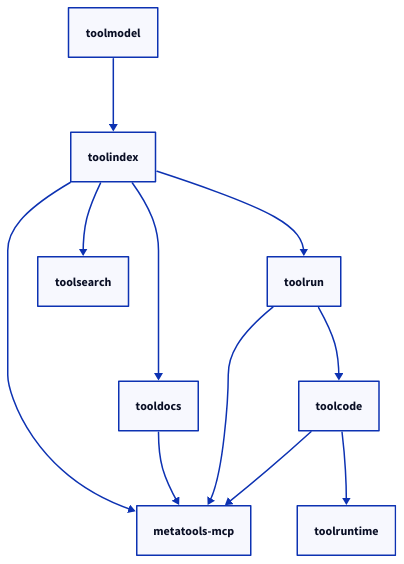
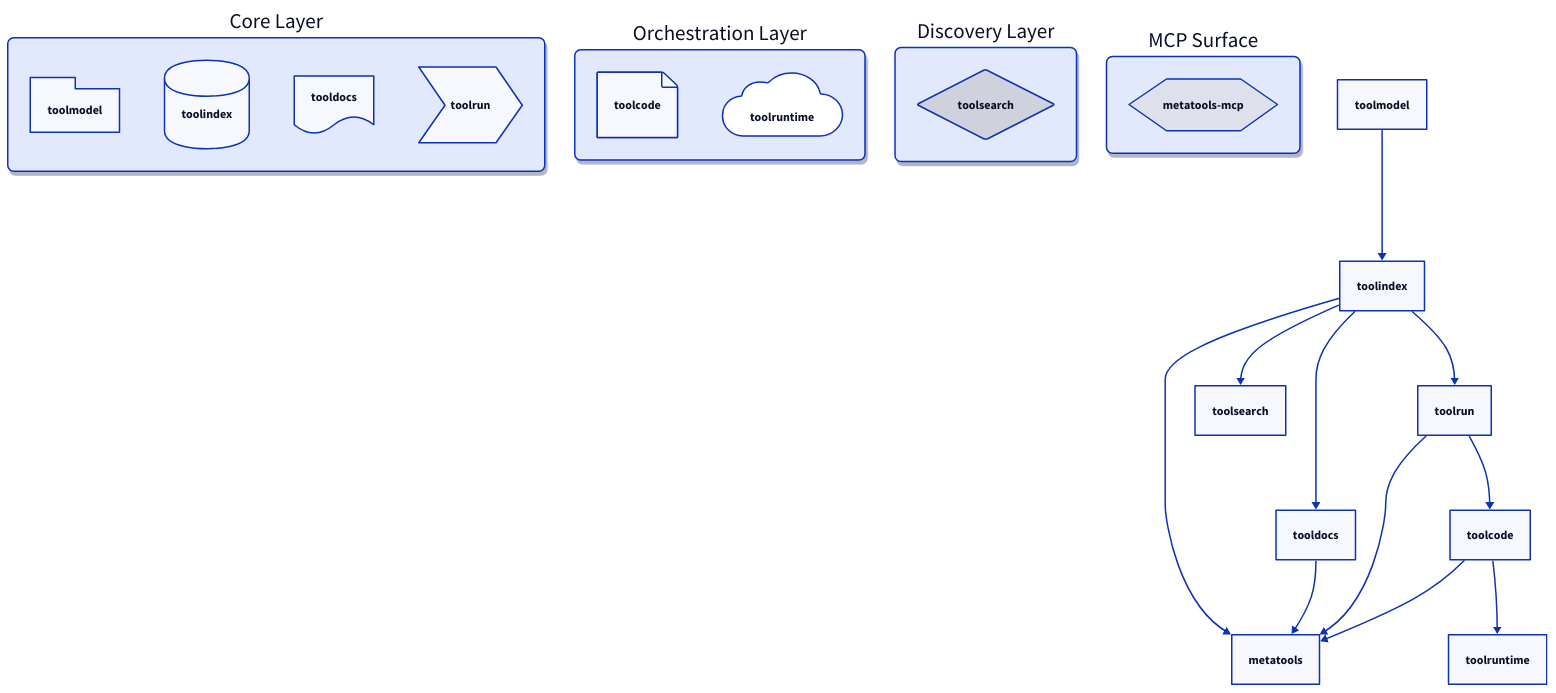
The diagram in docs/diagrams/stack-layering-model.d2 (jonwraymond/ai-tools-stack), drawn with D2 before and after one commit. The commit also changed 38 other files, not shown here.

Commit message:
docs: migrate diagrams to d2

```diff
--- a/docs/diagrams/stack-layering-model.d2
+++ b/docs/diagrams/stack-layering-model.d2
@@ -1,15 +1,54 @@
 direction: down
 
+style: { font-size: 14 }
+
+layer_core: {
+  label: "Core Layer"
+  style: {
+  border-radius: 8
+  shadow: true
+}
+  toolmodel: { shape: package }
+  toolindex: { shape: cylinder }
+  tooldocs: { shape: document }
+  toolrun: { shape: step }
+}
+
+layer_exec: {
+  label: "Orchestration Layer"
+  style: {
+  border-radius: 8
+  shadow: true
+}
+  toolcode: { shape: page }
+  toolruntime: { shape: cloud }
+}
+
+layer_discovery: {
+  label: "Discovery Layer"
+  style: {
+  border-radius: 8
+  shadow: true
+}
+  toolsearch: { shape: diamond }
+}
+
+layer_surface: {
+  label: "MCP Surface"
+  style: {
+  border-radius: 8
+  shadow: true
+}
+  metatools: "metatools-mcp" { shape: hexagon }
+}
+
 toolmodel -> toolindex
-
-toolindex -> tooldocs
+ toolindex -> tooldocs
  toolindex -> toolrun
-
  toolrun -> toolcode
  toolcode -> toolruntime
-
  toolindex -> toolsearch
- toolindex -> metatools-mcp
- tooldocs -> metatools-mcp
- toolrun -> metatools-mcp
- toolcode -> metatools-mcp
+ toolindex -> metatools
+ tooldocs -> metatools
+ toolrun -> metatools
+ toolcode -> metatools
```
